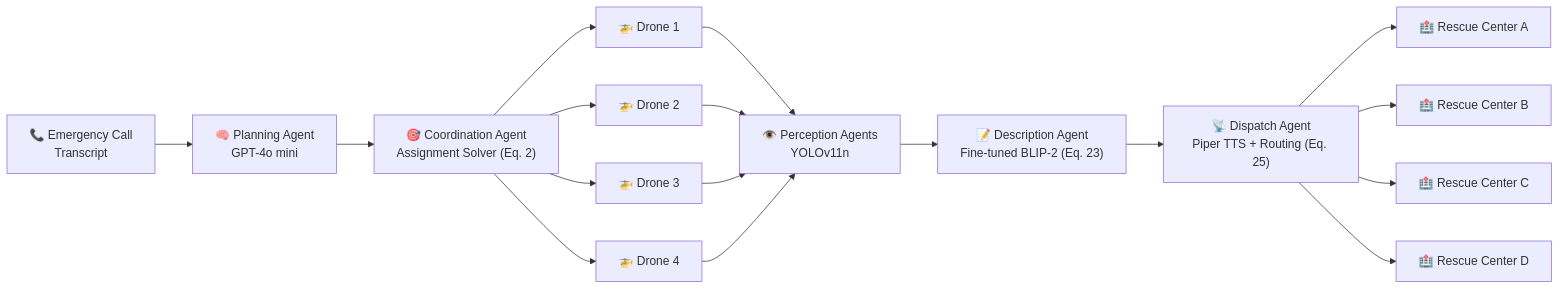
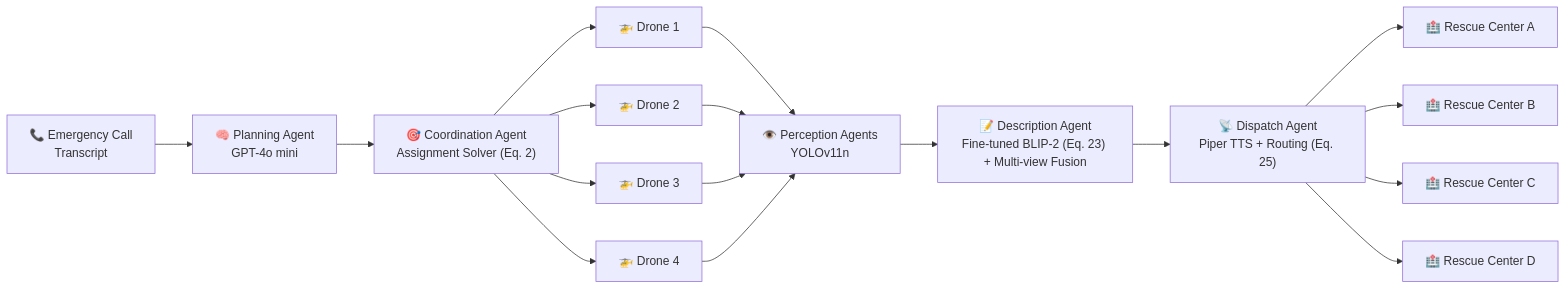
One commit to afaq005/Multi_Drone_Accident_Management changed the diagram in README.md. Above: the diagram before and after it, drawn with Mermaid. The commit also changed other lines of this file, not shown here.

````diff
--- a/README.md
+++ b/README.md
@@ -38,16 +38,16 @@
 ```mermaid
 flowchart LR
     A["📞 Emergency Call<br/>Transcript"] --> B["🧠 Planning Agent<br/>GPT-4o mini"]
     B --> C["🎯 Coordination Agent<br/>Assignment Solver (Eq. 2)"]
     C --> D1["🚁 Drone 1"]
     C --> D2["🚁 Drone 2"]
     C --> D3["🚁 Drone 3"]
     C --> D4["🚁 Drone 4"]
     D1 & D2 & D3 & D4 --> E["👁️ Perception Agents<br/>YOLOv11n"]
-    E --> F["📝 Description Agent<br/>Fine-tuned BLIP-2 (Eq. 23)"]
+    E --> F["📝 Description Agent<br/>Fine-tuned BLIP-2 (Eq. 23) + Multi-view Fusion"]
     F --> G["📡 Dispatch Agent<br/>Piper TTS + Routing (Eq. 25)"]
     G --> H1["🏥 Rescue Center A"]
     G --> H2["🏥 Rescue Center B"]
     G --> H3["🏥 Rescue Center C"]
     G --> H4["🏥 Rescue Center D"]
 ```
````
